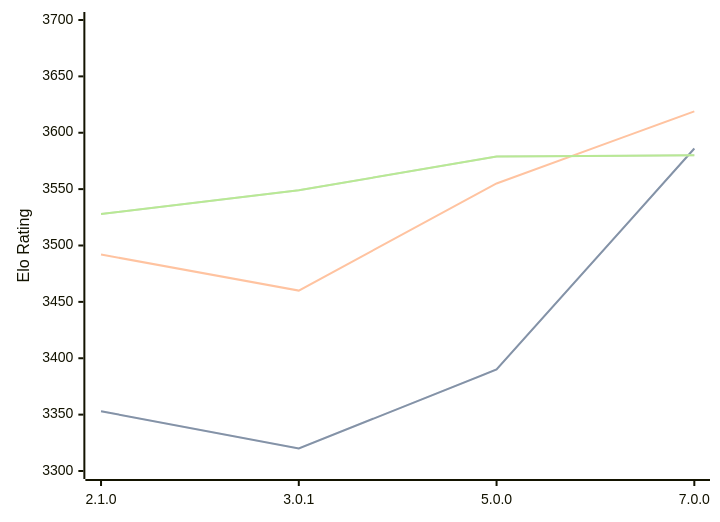
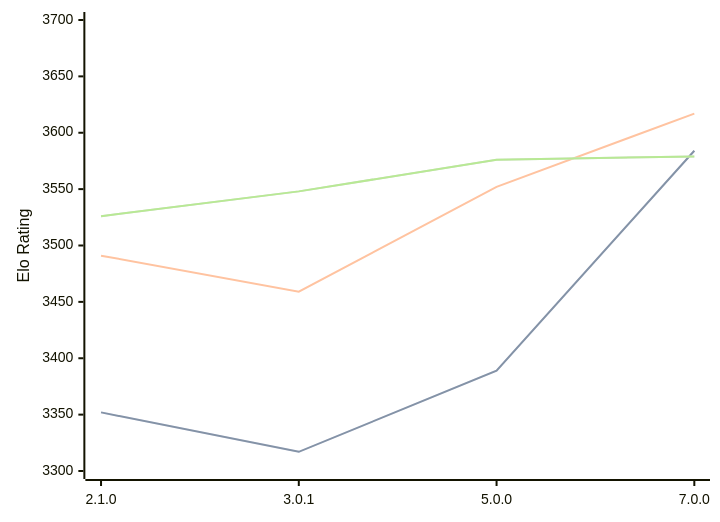
One commit to computer-chess-index/cci changed the diagram in engines/PlentyChess.md. Above: the diagram before and after it, drawn with Mermaid. The commit also changed other lines of this file, not shown here.

Commit message:
Update CCI Ratings (ELO VLTC) - 2026-03-31

````diff
--- a/engines/PlentyChess.md
+++ b/engines/PlentyChess.md
@@ -45,11 +45,11 @@
 ```mermaid
 %%{init: {"theme":"base","themeVariables":{"seriesColors:['#a3a3a3','#222221','#faa371']}}}%%
 xychart-beta
   x-axis ["2.1.0", "3.0.1", "5.0.0", "7.0.0"]
   y-axis "Elo Rating" 3300 --> 3700
-  line "STC (8.0+0.08s)" [3353, 3320, 3390, 3586]
-  line "STC (8.0+0.08s)" [3353, 3320, 3390, 3586]
-  line "LTC (60.0+0.60s)" [3492, 3460, 3555, 3619]
-  line "VLTC (2m24s+1.12s)" [3528, 3549, 3579, 3580]
-  line "VLTC (2m24s+1.12s)" [3528, 3549, 3579, 3580]
+  line "STC (8.0+0.08s)" [3352, 3317, 3389, 3584]
+  line "STC (8.0+0.08s)" [3352, 3317, 3389, 3584]
+  line "LTC (60.0+0.60s)" [3491, 3459, 3552, 3617]
+  line "VLTC (2m24s+1.12s)" [3526, 3548, 3576, 3579]
+  line "VLTC (2m24s+1.12s)" [3526, 3548, 3576, 3579]
 ```
````
